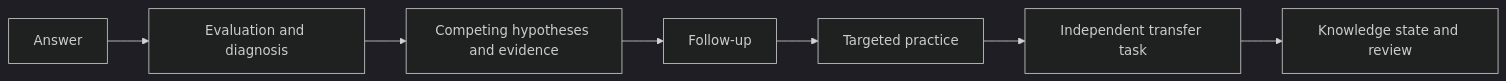
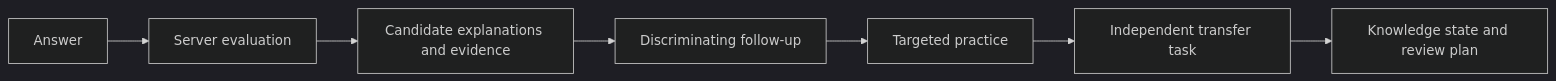
One commit to KaoruMiyagawa/UnlearnLoop changed the diagram in README_EN.md. Above: the diagram before and after it, drawn with Mermaid (dark theme). The commit also changed other lines of this file and 1 other file, not shown here.

````diff
--- a/README_EN.md
+++ b/README_EN.md
@@ -24,9 +17,9 @@
 ```mermaid
 flowchart LR
-    A[Answer] --> B[Evaluation and diagnosis]
-    B --> C[Competing hypotheses and evidence]
-    C --> D[Follow-up]
+    A[Answer] --> B[Server evaluation]
+    B --> C[Candidate explanations and evidence]
+    C --> D[Discriminating follow-up]
     D --> E[Targeted practice]
     E --> F[Independent transfer task]
-    F --> G[Knowledge state and review]
+    F --> G[Knowledge state and review plan]
 ```
````
